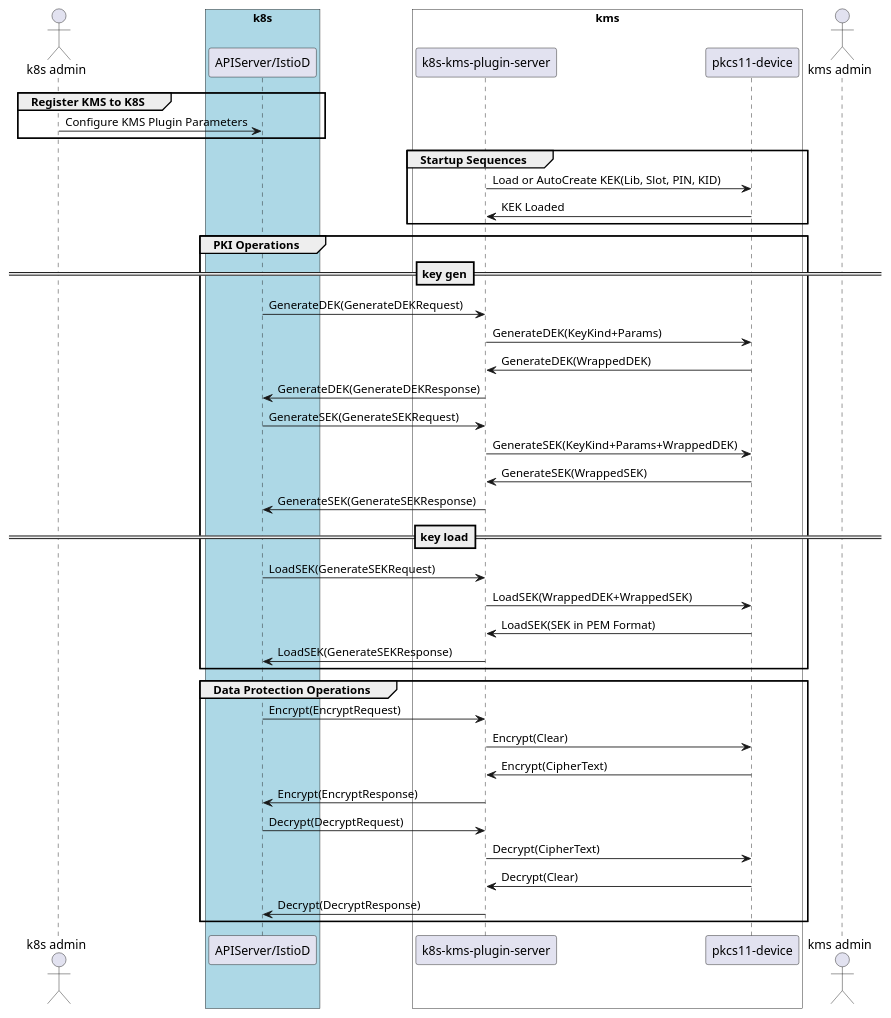
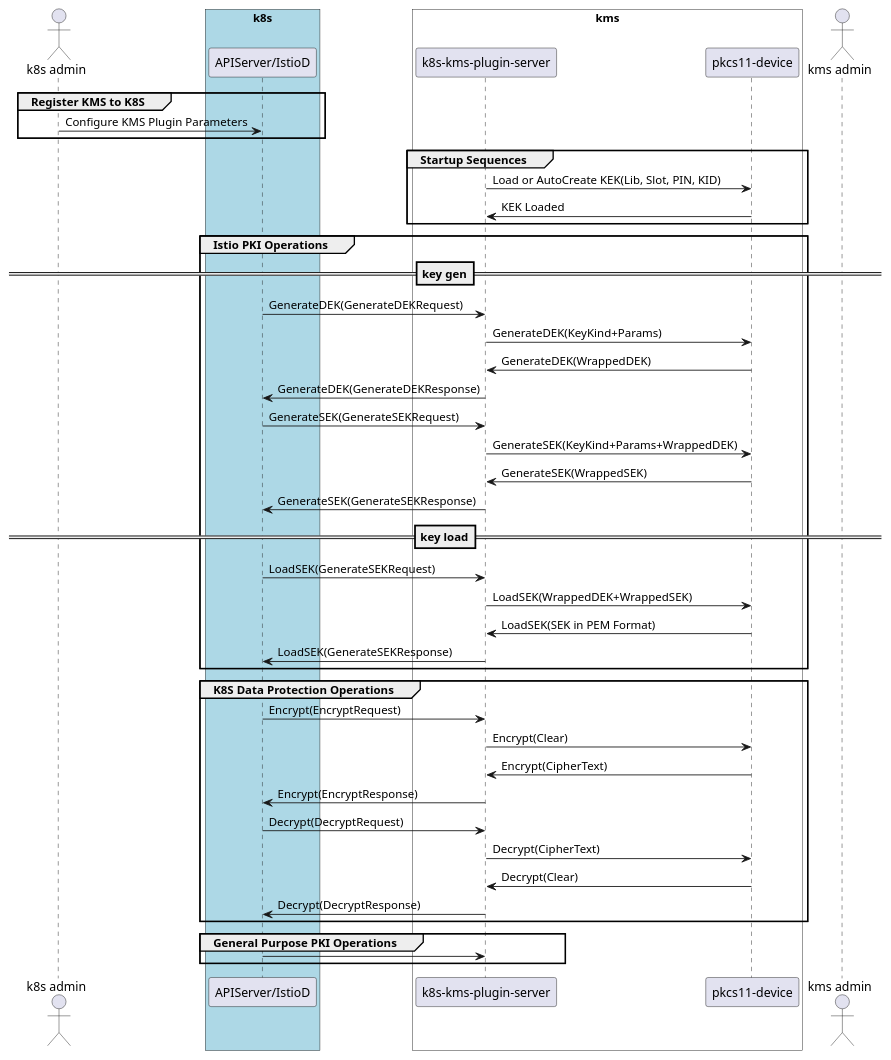
Before and after one commit to ThalesGroup/k8s-kms-plugin: the diagram in docs/standalone.puml, drawn with PlantUML. The commit also changed 13 other files, not shown here.

Commit message:
Split out non-istio APIs to the GP KMS api

```diff
--- a/docs/standalone.puml
+++ b/docs/standalone.puml
@@ -1,57 +1,61 @@
 @startuml
     actor "k8s admin" as k8sa
 
     box "k8s" #LightBlue
         participant "APIServer/IstioD" as apis
     end box
 
     box "kms" #fff
         participant "k8s-kms-plugin-server" as server
         participant "pkcs11-device" as p11
     end box
 
     group Register KMS to K8S
         k8sa -> apis : Configure KMS Plugin Parameters
 
     end
 
     group Startup Sequences
         server -> p11 : Load or AutoCreate KEK(Lib, Slot, PIN, KID)
         p11 -> server : KEK Loaded
     end
 
-    group PKI Operations
+    group Istio PKI Operations
         ==key gen==
         apis -> server : GenerateDEK(GenerateDEKRequest)
         server -> p11 : GenerateDEK(KeyKind+Params)
         server <- p11 : GenerateDEK(WrappedDEK)
         apis <- server : GenerateDEK(GenerateDEKResponse)
         apis -> server : GenerateSEK(GenerateSEKRequest)
         server -> p11 : GenerateSEK(KeyKind+Params+WrappedDEK)
         server <- p11 : GenerateSEK(WrappedSEK)
         apis <- server : GenerateSEK(GenerateSEKResponse)
+
         ==key load==
         apis -> server : LoadSEK(GenerateSEKRequest)
         server -> p11 : LoadSEK(WrappedDEK+WrappedSEK)
         server <- p11 : LoadSEK(SEK in PEM Format)
         apis <- server : LoadSEK(GenerateSEKResponse)
 
     end
-
-    group Data Protection Operations
+    group K8S Data Protection Operations
 
         apis -> server : Encrypt(EncryptRequest)
         server -> p11 : Encrypt(Clear)
         server <- p11 : Encrypt(CipherText)
         apis <- server : Encrypt(EncryptResponse)
 
         apis -> server : Decrypt(DecryptRequest)
         server -> p11 : Decrypt(CipherText)
         server <- p11 : Decrypt(Clear)
         apis <- server : Decrypt(DecryptResponse)
 
     end
 
+
+    group General Purpose PKI Operations
+        apis -> server :
+    end
     actor "kms admin" as kmsa
 
 @enduml
```
